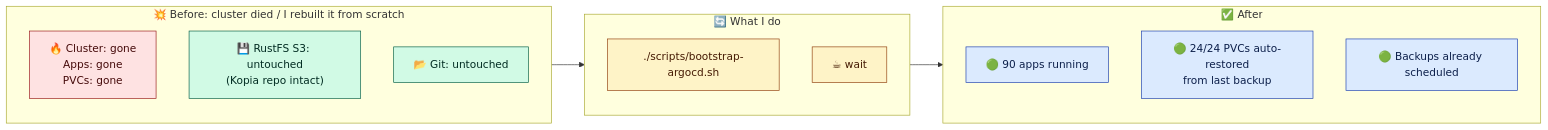
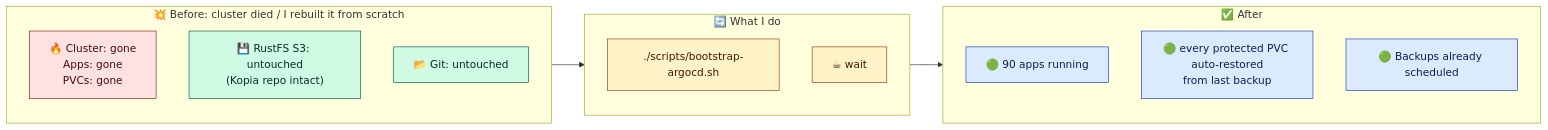
The first of 5 diagrams in docs/storage-architecture.md (mitchross/talos-argocd-proxmox), drawn with Mermaid before and after one commit. The commit also changed other lines of this file, not shown here.

````diff
--- a/docs/storage-architecture.md
+++ b/docs/storage-architecture.md
@@ -60,30 +96,30 @@
 ```mermaid
 flowchart LR
     subgraph BEFORE["💥 Before: cluster died / I rebuilt it from scratch"]
       B1["🔥 Cluster: gone<br/>Apps: gone<br/>PVCs: gone"]
       B2["💾 RustFS S3: untouched<br/>(Kopia repo intact)"]
       B3["📂 Git: untouched"]
     end
 
     subgraph DURING["🔄 What I do"]
       D1["./scripts/bootstrap-argocd.sh"]
       D2["☕ wait"]
     end
 
     subgraph AFTER["✅ After"]
       A1["🟢 90 apps running"]
-      A2["🟢 24/24 PVCs auto-restored<br/>from last backup"]
+      A2["🟢 every protected PVC auto-restored<br/>from last backup"]
       A3["🟢 Backups already scheduled"]
     end
 
     BEFORE --> DURING --> AFTER
 
     classDef gone fill:#fee2e2,stroke:#991b1b,color:#450a0a;
     classDef kept fill:#d1fae5,stroke:#065f46,color:#022c22;
     classDef action fill:#fef3c7,stroke:#92400e,color:#451a03;
     classDef ok fill:#dbeafe,stroke:#1e40af,color:#0c1f4a;
     class B1 gone;
     class B2,B3 kept;
     class D1,D2 action;
     class A1,A2,A3 ok;
 ```
````
